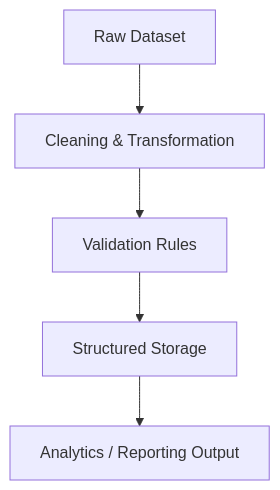
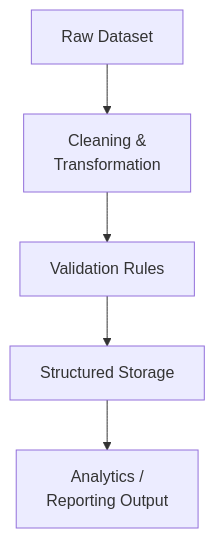
The second of 3 diagrams in README.md (Satya136-dvsn/Duba_Venkata_Satyanarayana-), drawn with Mermaid before and after one commit. The commit also changed other lines of this file, not shown here.

Commit message:
Wrap long text in Mermaid diagrams

````diff
--- a/README.md
+++ b/README.md
@@ -70,7 +70,7 @@
 ```mermaid
-graph TD
-    Raw["Raw Dataset"] --> Clean["Cleaning & Transformation"]
+flowchart TD
+    Raw["Raw Dataset"] --> Clean["Cleaning &<br>Transformation"]
     Clean --> Rules["Validation Rules"]
     Rules --> Store["Structured Storage"]
-    Store --> Output["Analytics / Reporting Output"]
+    Store --> Output["Analytics /<br>Reporting Output"]
 ```
````
